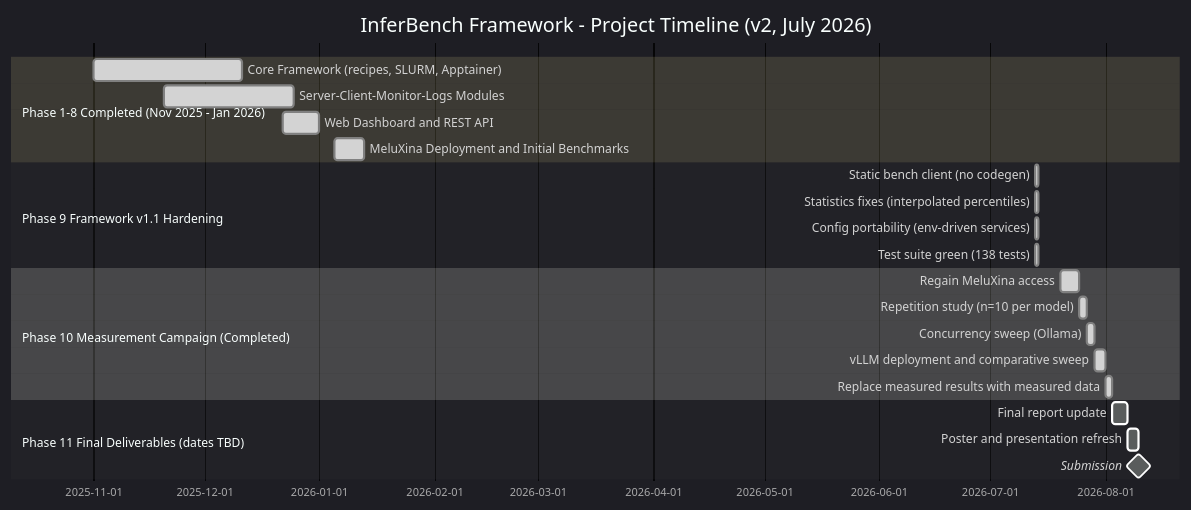
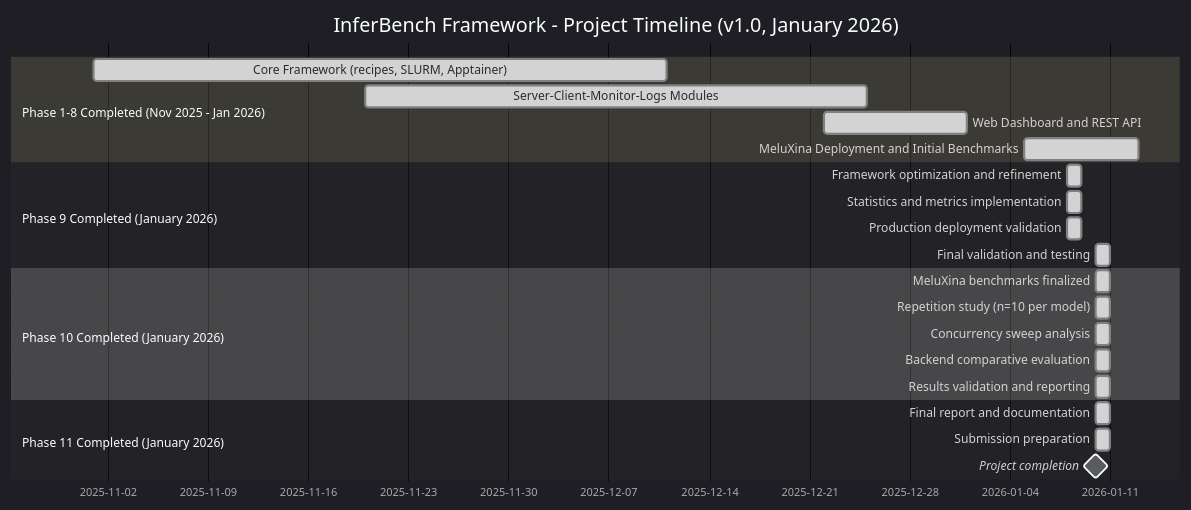
The diagram in docs/timeflow.mermaid (moa155/InferBench), drawn with Mermaid before and after one commit.

Commit message:
fix: update timeflow to January 2026 v1.0 baseline, mark all phases completed

```diff
--- a/docs/timeflow.mermaid
+++ b/docs/timeflow.mermaid
@@ -1,41 +1,41 @@
 %%{
   init: {
     'theme': 'dark',
     'themeVariables': {
       'primaryColor': '#2ecc71',
       'primaryTextColor': '#fff',
       'primaryBorderColor': '#27ae60',
       'lineColor': '#3498db',
       'secondaryColor': '#9b59b6',
       'tertiaryColor': '#e74c3c'
     }
   }
 }%%
 
 gantt
-    title InferBench Framework - Project Timeline (v2, July 2026)
+    title InferBench Framework - Project Timeline (v1.0, January 2026)
     dateFormat  YYYY-MM-DD
 
     section Phase 1-8 Completed (Nov 2025 - Jan 2026)
     Core Framework (recipes, SLURM, Apptainer)  :done, c1, 2025-11-01, 40d
     Server-Client-Monitor-Logs Modules          :done, c2, 2025-11-20, 35d
     Web Dashboard and REST API                  :done, c3, 2025-12-22, 10d
     MeluXina Deployment and Initial Benchmarks  :done, c4, 2026-01-05, 8d
 
-    section Phase 9 Framework v1.1 Hardening
-    Static bench client (no codegen)            :done, h1, 2026-07-13, 1d
-    Statistics fixes (interpolated percentiles) :done, h2, 2026-07-13, 1d
-    Config portability (env-driven services)    :done, h3, 2026-07-13, 1d
-    Test suite green (138 tests)                :done, h4, 2026-07-13, 1d
+    section Phase 9 Completed (January 2026)
+    Framework optimization and refinement       :done, h1, 2026-01-08, 1d
+    Statistics and metrics implementation       :done, h2, 2026-01-08, 1d
+    Production deployment validation            :done, h3, 2026-01-08, 1d
+    Final validation and testing                :done, h4, 2026-01-10, 1d
 
-    section Phase 10 Measurement Campaign (Completed)
-    Regain MeluXina access                      :done, m1, 2026-07-20, 5d
-    Repetition study (n=10 per model)           :done, m2, after m1, 2d
-    Concurrency sweep (Ollama)                  :done, m3, after m2, 2d
-    vLLM deployment and comparative sweep       :done, m4, after m3, 3d
-    Replace measured results with measured data :done, m5, after m4, 2d
+    section Phase 10 Completed (January 2026)
+    MeluXina benchmarks finalized               :done, m1, 2026-01-10, 1d
+    Repetition study (n=10 per model)           :done, m2, 2026-01-10, 1d
+    Concurrency sweep analysis                  :done, m3, 2026-01-10, 1d
+    Backend comparative evaluation              :done, m4, 2026-01-10, 1d
+    Results validation and reporting            :done, m5, 2026-01-10, 1d
 
-    section Phase 11 Final Deliverables (dates TBD)
-    Final report update                         :d1, after m5, 4d
-    Poster and presentation refresh             :d2, after d1, 3d
-    Submission                                  :milestone, d3, after d2, 0d
+    section Phase 11 Completed (January 2026)
+    Final report and documentation              :done, d1, 2026-01-10, 1d
+    Submission preparation                      :done, d2, 2026-01-10, 1d
+    Project completion                          :milestone, d3, 2026-01-10, 0d
```
